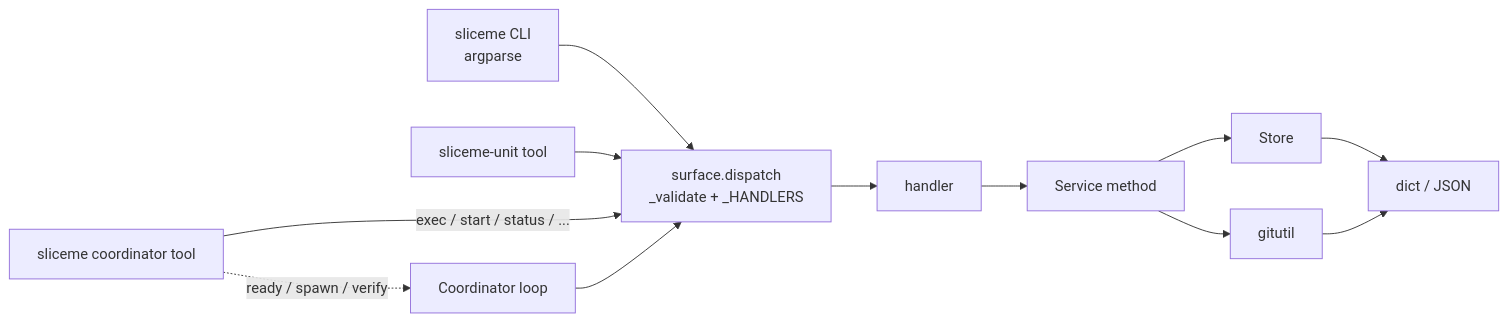
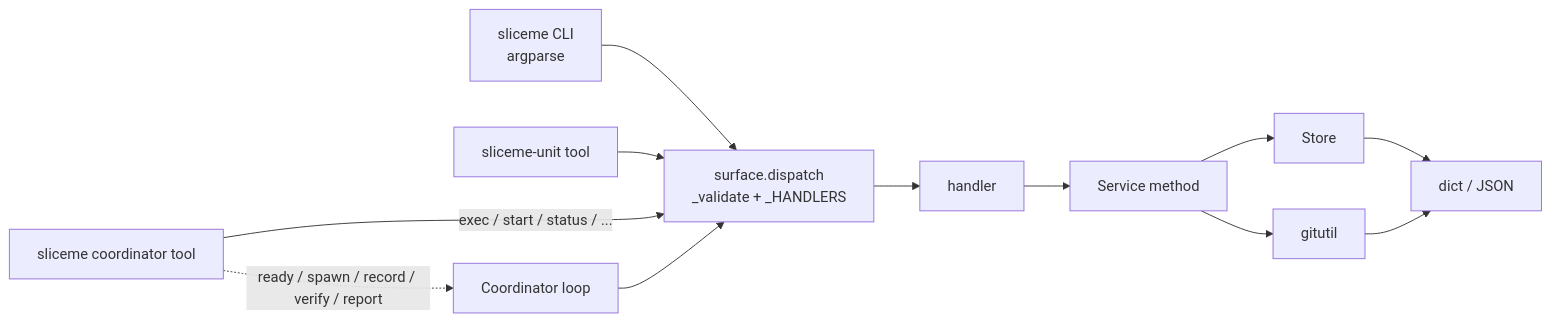
One commit to ming6ao/sliceme changed the third of 10 diagrams in docs/architecture.md. Above: the diagram before and after it, drawn with Mermaid. The commit also changed other lines of this file and 12 other files, not shown here.

````diff
--- a/docs/architecture.md
+++ b/docs/architecture.md
@@ -146,14 +151,14 @@
 ```mermaid
 flowchart LR
   CLI["sliceme CLI<br/>argparse"] --> DISPATCH
   PIUNIT["sliceme-unit tool"] --> DISPATCH
   PICO["sliceme coordinator tool"] -->|"exec / start / status / ..."| DISPATCH
-  PICO -.->|"ready / spawn / verify"| LOOP["Coordinator loop"]
+  PICO -.->|"ready / spawn / record / verify / report"| LOOP["Coordinator loop"]
   LOOP --> DISPATCH
   DISPATCH["surface.dispatch<br/>_validate + _HANDLERS"] --> HANDLER["handler"]
   HANDLER --> SVC["Service method"]
   SVC --> STORE["Store"]
   SVC --> GIT["gitutil"]
   STORE --> RESULTS["dict / JSON"]
   GIT --> RESULTS
 ```
````
